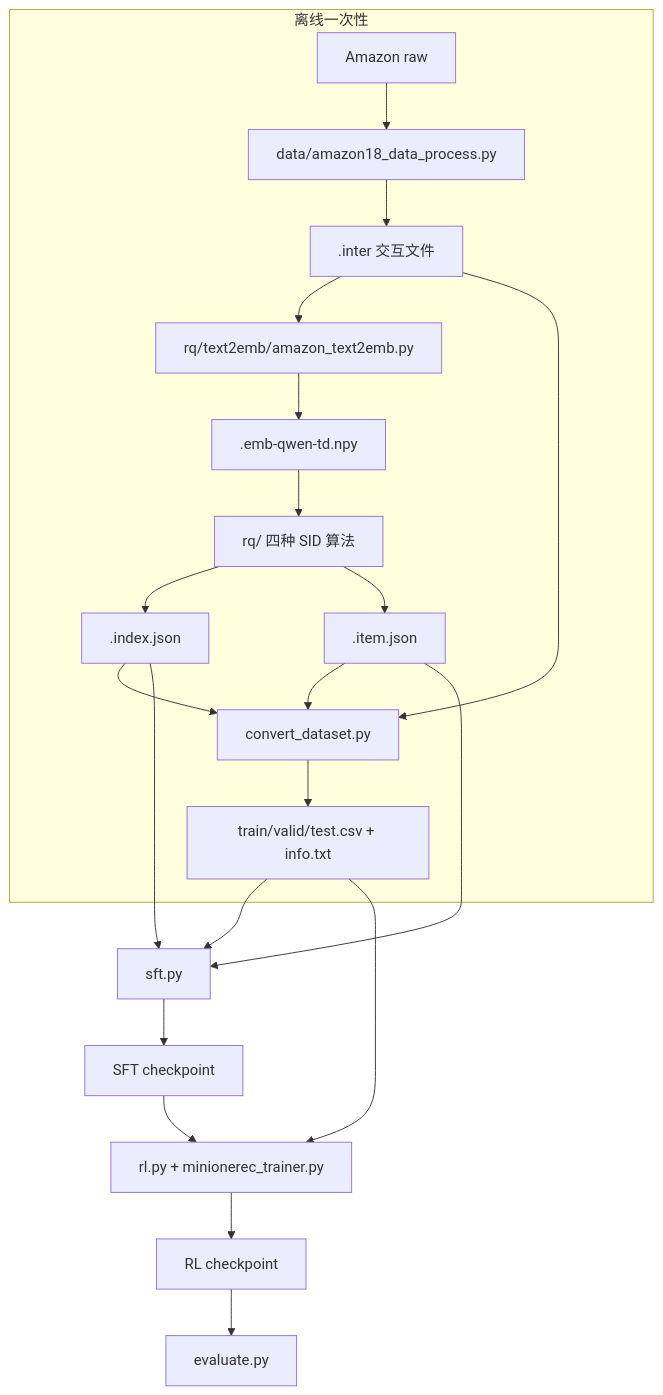
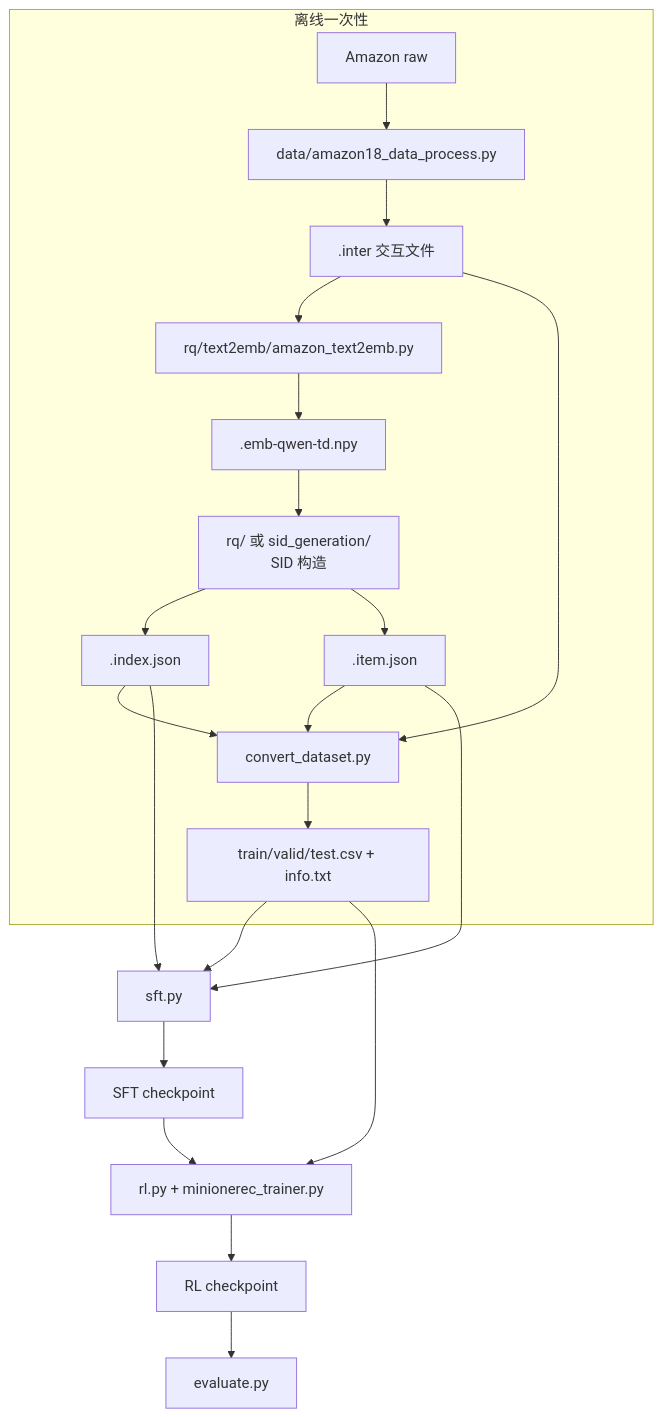
One commit to Yufan0406/MiniOneRec-learning changed the third of 3 diagrams in docs/README.md. Above: the diagram before and after it, drawn with Mermaid. The commit also changed other lines of this file and 10 other files, not shown here.

````diff
--- a/docs/README.md
+++ b/docs/README.md
@@ -101,24 +121,24 @@
 ```mermaid
 flowchart TB
     subgraph 离线一次性
         RAW[Amazon raw] --> PRE[data/amazon18_data_process.py]
         PRE --> INTER[".inter 交互文件"]
         INTER --> EMB[rq/text2emb/amazon_text2emb.py]
         EMB --> NPY[".emb-qwen-td.npy"]
-        NPY --> SID[rq/ 四种 SID 算法]
+        NPY --> SID["rq/ 或 sid_generation/<br/>SID 构造"]
         SID --> IDX[".index.json"]
         SID --> META[".item.json"]
         INTER --> CONV[convert_dataset.py]
         IDX --> CONV
         META --> CONV
         CONV --> CSV["train/valid/test.csv + info.txt"]
     end
     CSV --> SFT[sft.py]
     IDX --> SFT
     META --> SFT
     SFT --> CKPT[SFT checkpoint]
     CKPT --> RL[rl.py + minionerec_trainer.py]
     CSV --> RL
     RL --> CKPT2[RL checkpoint]
     CKPT2 --> EVAL[evaluate.py]
 ```
````
